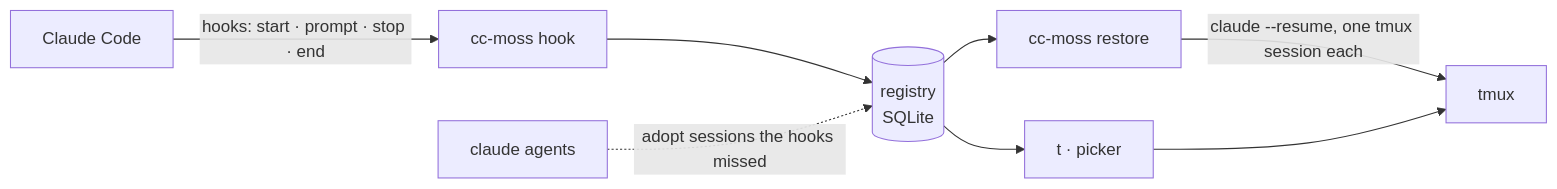
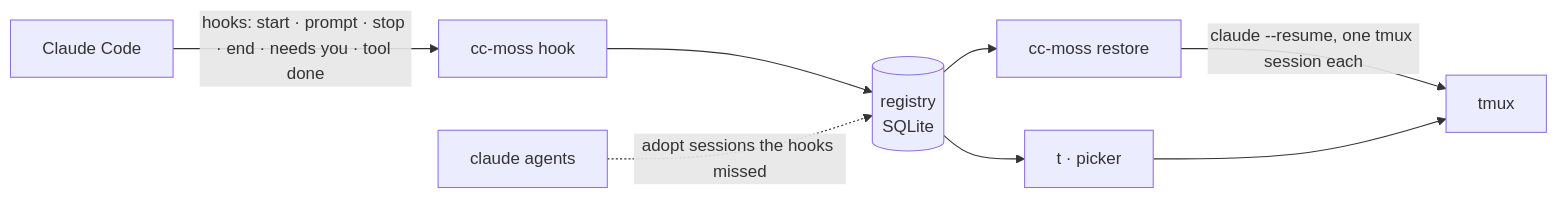
One commit to larrykoo711/cc-moss changed the diagram in docs/guide.en.md. Above: the diagram before and after it, drawn with Mermaid. The commit also changed other lines of this file and 28 other files, not shown here.

````diff
--- a/docs/guide.en.md
+++ b/docs/guide.en.md
@@ -128,10 +129,10 @@
 ```mermaid
 flowchart LR
-    CC["Claude Code"] -- "hooks: start · prompt · stop · end" --> H["cc-moss hook"]
+    CC["Claude Code"] -- "hooks: start · prompt · stop · end · needs you · tool done" --> H["cc-moss hook"]
     H --> DB[("registry<br/>SQLite")]
     A["claude agents"] -. "adopt sessions the hooks missed" .-> DB
     DB --> P["t · picker"]
     DB --> R["cc-moss restore"]
     R -- "claude --resume, one tmux session each" --> T["tmux"]
     P --> T
 ```
````
